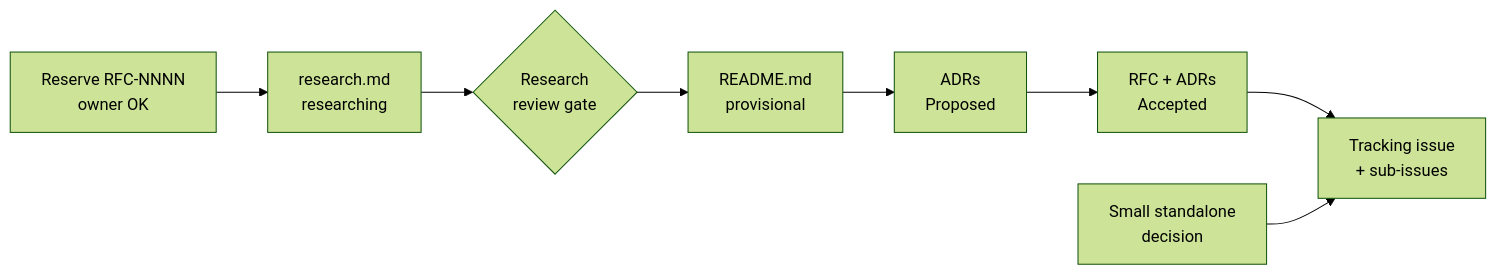
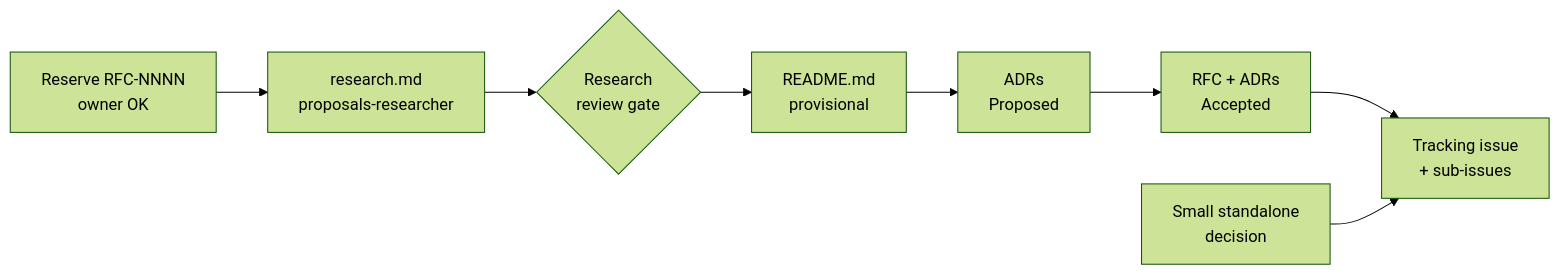
The diagram in .agents/skills/homelab-proposals/SKILL.md (duynhlab/homelab), drawn with Mermaid (forest theme) before and after one commit. The commit also changed other lines of this file and 5 other files, not shown here.

First line of the commit message:
docs(docs): delegate RFC research to a proposals-researcher sub-agent

````diff
--- a/.agents/skills/homelab-proposals/SKILL.md
+++ b/.agents/skills/homelab-proposals/SKILL.md
@@ -47,10 +47,10 @@
 ```mermaid
 flowchart LR
-  reserve["Reserve RFC-NNNN<br/>owner OK"] --> research["research.md<br/>researching"]
+  reserve["Reserve RFC-NNNN<br/>owner OK"] --> research["research.md<br/>proposals-researcher"]
   research --> gate{"Research<br/>review gate"}
   gate --> rfc["README.md<br/>provisional"]
   rfc --> adrs["ADRs<br/>Proposed"]
   adrs --> accepted["RFC + ADRs<br/>Accepted"]
   accepted --> track["Tracking issue<br/>+ sub-issues"]
   standalone["Small standalone<br/>decision"] --> track
 ```
````
